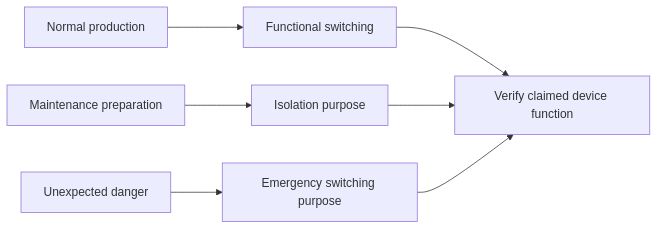
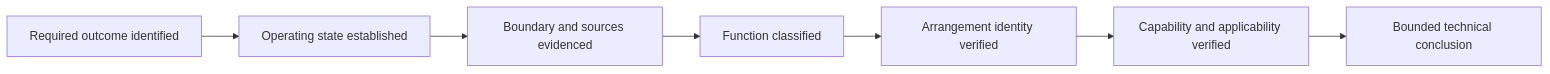
One commit to andrew3stedall/capstone changed the second of 2 diagrams in docs/learning-plans/12-week/modules/day-36-functional-switching-isolation-and-emergency-switching-distinctions.md. Above: the diagram before and after it, drawn with Mermaid. The commit also changed other lines of this file, not shown here.

Commit message:
Improve Day 36 switching distinctions module

````diff
--- a/docs/learning-plans/12-week/modules/day-36-functional-switching-isolation-and-emergency-switching-distinctions.md
+++ b/docs/learning-plans/12-week/modules/day-36-functional-switching-isolation-and-emergency-switching-distinctions.md
@@ -83,9 +123,9 @@
 ```mermaid
 flowchart LR
-    A[Normal production] --> B[Functional switching]
-    C[Maintenance preparation] --> D[Isolation purpose]
-    E[Unexpected danger] --> F[Emergency switching purpose]
-    B --> G[Verify claimed device function]
-    D --> G
-    F --> G
+    A[Required outcome identified] --> B[Operating state established]
+    B --> C[Boundary and sources evidenced]
+    C --> D[Function classified]
+    D --> E[Arrangement identity verified]
+    E --> F[Capability and applicability verified]
+    F --> G[Bounded technical conclusion]
 ```
````
